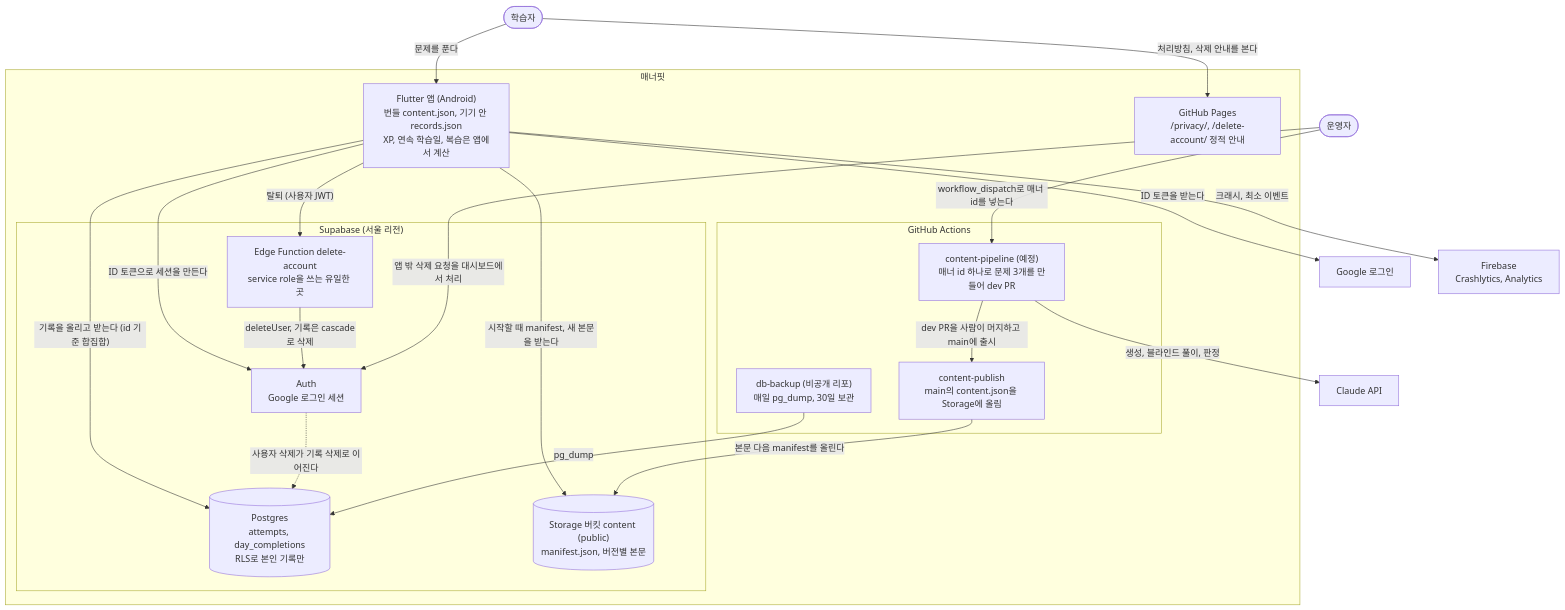
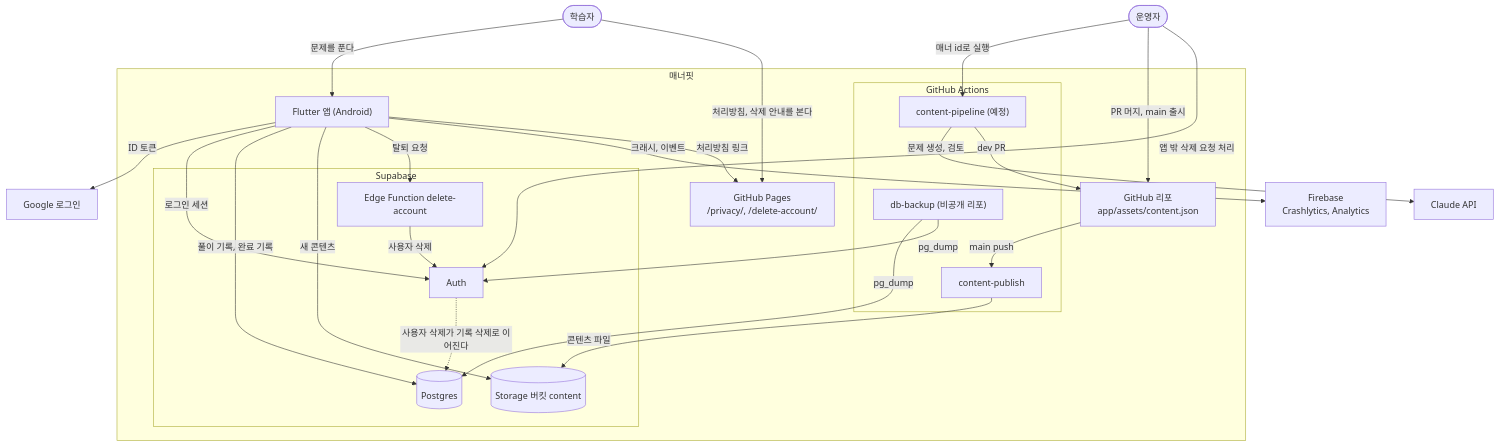
Before and after one commit to hootbee/manner-app: the diagram in docs/architecture.md, drawn with Mermaid. The commit also changed other lines of this file, not shown here.

Commit message:
docs: C4 그림을 컨테이너 하나로 줄이고 결정 라벨 빼기

````diff
--- a/docs/architecture.md
+++ b/docs/architecture.md
@@ -34,48 +7,54 @@
 ```mermaid
 flowchart TB
   learner(["학습자"])
   operator(["운영자"])
 
   subgraph mannerfit["매너핏"]
-    app["Flutter 앱 (Android)<br/>번들 content.json, 기기 안 records.json<br/>XP, 연속 학습일, 복습은 앱에서 계산"]
+    app["Flutter 앱 (Android)"]
 
-    subgraph supabase["Supabase (서울 리전)"]
-      auth["Auth<br/>Google 로그인 세션"]
-      db[("Postgres<br/>attempts, day_completions<br/>RLS로 본인 기록만")]
-      storage[("Storage 버킷 content (public)<br/>manifest.json, 버전별 본문")]
-      del["Edge Function delete-account<br/>service role을 쓰는 유일한 곳"]
+    subgraph supabase["Supabase"]
+      auth["Auth"]
+      db[("Postgres")]
+      storage[("Storage 버킷 content")]
+      del["Edge Function delete-account"]
     end
 
+    repo["GitHub 리포<br/>app/assets/content.json"]
+
     subgraph actions["GitHub Actions"]
-      pipeline["content-pipeline (예정)<br/>매너 id 하나로 문제 3개를 만들어 dev PR"]
-      publish["content-publish<br/>main의 content.json을 Storage에 올림"]
-      backup["db-backup (비공개 리포)<br/>매일 pg_dump, 30일 보관"]
+      pipeline["content-pipeline (예정)"]
+      publish["content-publish"]
+      backup["db-backup (비공개 리포)"]
     end
 
-    pages["GitHub Pages<br/>/privacy/, /delete-account/ 정적 안내"]
+    pages["GitHub Pages<br/>/privacy/, /delete-account/"]
   end
 
   google["Google 로그인"]
   firebase["Firebase<br/>Crashlytics, Analytics"]
   claude["Claude API"]
 
   learner -->|"문제를 푼다"| app
   learner -->|"처리방침, 삭제 안내를 본다"| pages
 
-  app -->|"ID 토큰을 받는다"| google
-  app -->|"ID 토큰으로 세션을 만든다"| auth
-  app -->|"기록을 올리고 받는다 (id 기준 합집합)"| db
-  app -->|"시작할 때 manifest, 새 본문을 받는다"| storage
-  app -->|"탈퇴 (사용자 JWT)"| del
-  app -->|"크래시, 최소 이벤트"| firebase
+  app -->|"ID 토큰"| google
+  app -->|"로그인 세션"| auth
+  app -->|"풀이 기록, 완료 기록"| db
+  app -->|"새 콘텐츠"| storage
+  app -->|"탈퇴 요청"| del
+  app -->|"크래시, 이벤트"| firebase
+  app -->|"처리방침 링크"| pages
 
-  del -->|"deleteUser, 기록은 cascade로 삭제"| auth
+  del -->|"사용자 삭제"| auth
   auth -.->|"사용자 삭제가 기록 삭제로 이어진다"| db
 
-  operator -->|"workflow_dispatch로 매너 id를 넣는다"| pipeline
-  pipeline -->|"생성, 블라인드 풀이, 판정"| claude
-  pipeline -->|"dev PR을 사람이 머지하고 main에 출시"| publish
-  publish -->|"본문 다음 manifest를 올린다"| storage
+  operator -->|"매너 id로 실행"| pipeline
+  pipeline -->|"문제 생성, 검토"| claude
+  pipeline -->|"dev PR"| repo
+  operator -->|"PR 머지, main 출시"| repo
+  repo -->|"main push"| publish
+  publish -->|"콘텐츠 파일"| storage
   backup -->|"pg_dump"| db
-  operator -->|"앱 밖 삭제 요청을 대시보드에서 처리"| auth
+  backup -->|"pg_dump"| auth
+  operator -->|"앱 밖 삭제 요청 처리"| auth
 ```
````
